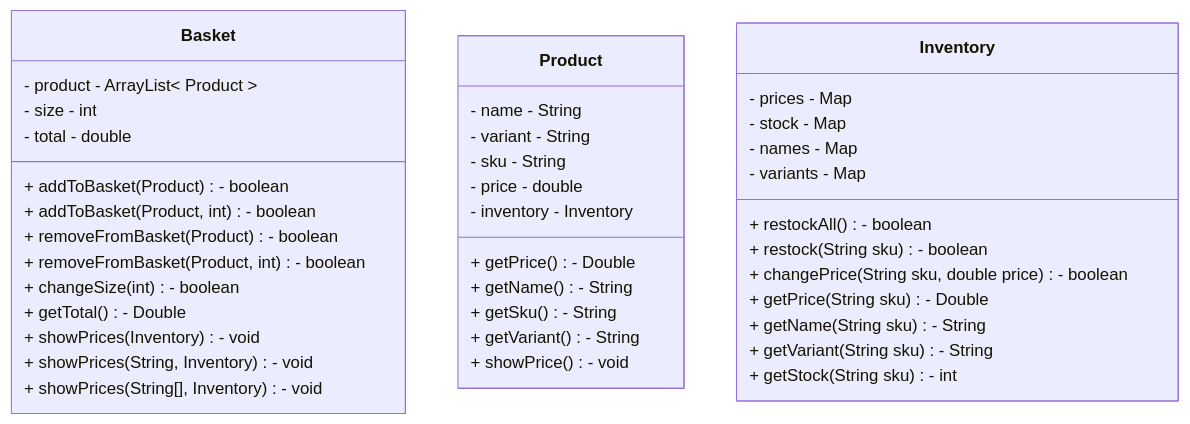
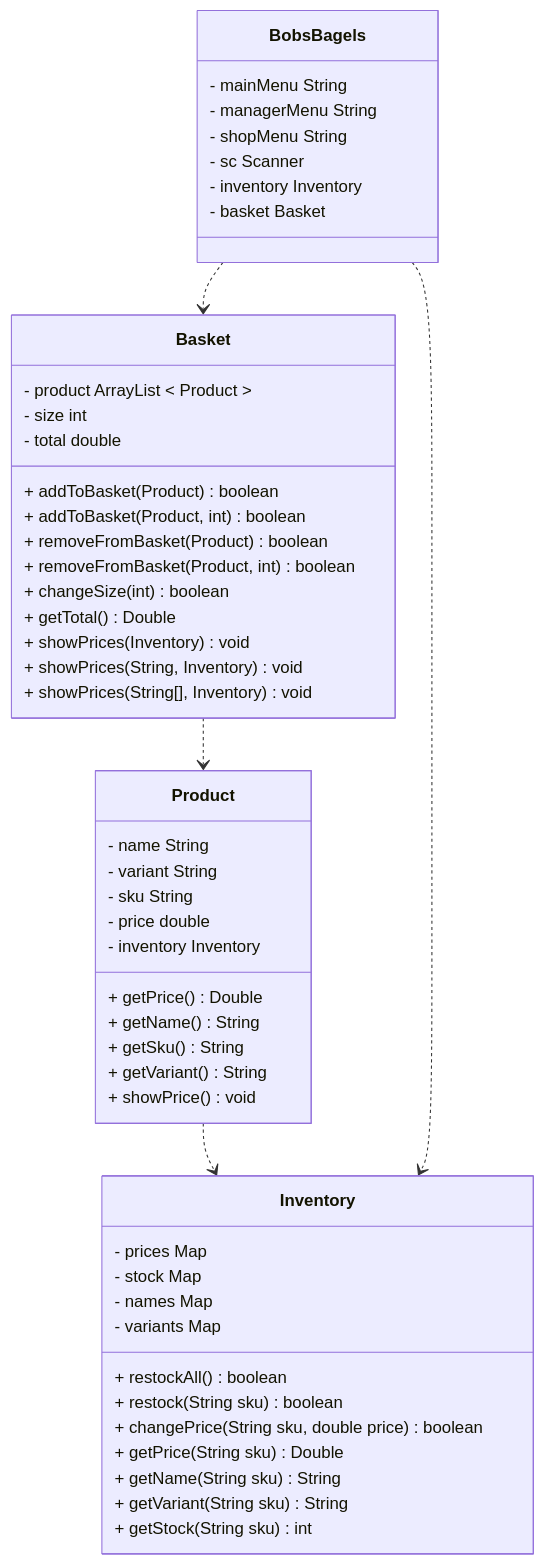
Before and after one commit to nora-hansen/java-tdd-oop-bobs-bagels: the diagram in class-diagram.md, drawn with Mermaid. The commit also changed 2 other files, not shown here.

Commit message:
Updated class diagram and domain model

`````diff
--- a/class-diagram.md
+++ b/class-diagram.md
@@ -1,37 +1,53 @@
 ````mermaid
 classDiagram
-    Basket : - product - ArrayList< Product >
-    Basket : - size - int
-    Basket : - total - double
-    Basket : + addToBasket(Product) - boolean
-    Basket : + addToBasket(Product, int) - boolean
-    Basket : + removeFromBasket(Product) - boolean
-    Basket : + removeFromBasket(Product, int) - boolean
-    Basket : + changeSize(int) - boolean
-    Basket : + getTotal() - Double
-    Basket : + showPrices(Inventory) - void
-    Basket : + showPrices(String, Inventory) - void
-    Basket : + showPrices(String[], Inventory) - void
-    Product : - name - String
-    Product : - variant - String
-    Product : - sku - String
-    Product : - price - double
-    Product : - inventory - Inventory
-    Product : + getPrice() - Double
-    Product : + getName() - String
-    Product : + getSku() - String
-    Product : + getVariant() - String
-    Product : + showPrice() - void
-    Inventory : - prices - Map
-    Inventory : - stock - Map
-    Inventory : - names - Map
-    Inventory : - variants - Map
-    Inventory : + restockAll() - boolean
-    Inventory : + restock(String sku) - boolean
-    Inventory : + changePrice(String sku, double price) - boolean
-    Inventory : + getPrice(String sku) - Double
-    Inventory : + getName(String sku) - String
-    Inventory : + getVariant(String sku) - String
-    Inventory : + getStock(String sku) - int
-
+    class Basket{    
+        - product ArrayList < Product >
+        - size int
+        - total double
+        + addToBasket(Product) boolean
+        + addToBasket(Product, int) boolean
+        + removeFromBasket(Product) boolean
+        + removeFromBasket(Product, int) boolean
+        + changeSize(int) boolean
+        + getTotal() Double
+        + showPrices(Inventory) void
+        + showPrices(String, Inventory) void
+        + showPrices(String[], Inventory) void
+        }
+    class Product{    
+        - name String
+        - variant String
+        - sku String
+        - price double
+        - inventory Inventory
+        + getPrice() Double
+        + getName() String
+        + getSku() String
+        + getVariant() String
+        + showPrice() void
+        }
+    class Inventory{    
+        - prices Map
+        - stock Map
+        - names Map
+        - variants Map
+        + restockAll() boolean
+        + restock(String sku) boolean
+        + changePrice(String sku, double price) boolean
+        + getPrice(String sku) Double
+        + getName(String sku) String
+        + getVariant(String sku) String
+        + getStock(String sku) int}
+    class BobsBagels{
+        - mainMenu String
+        - managerMenu String
+        - shopMenu String
+        - sc Scanner
+        - inventory Inventory
+        - basket Basket
+    }
+    Basket ..> Product
+    Product ..> Inventory
+    BobsBagels ..> Basket
+    BobsBagels ..> Inventory
 ````
`````
